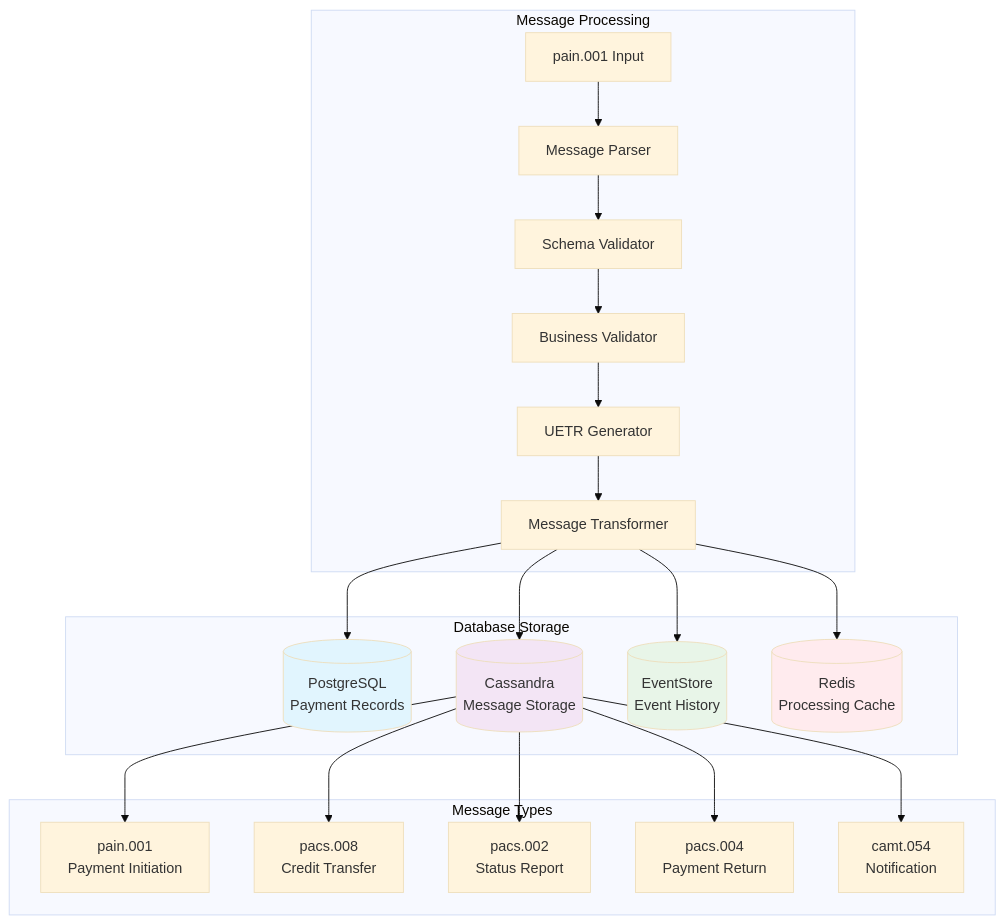
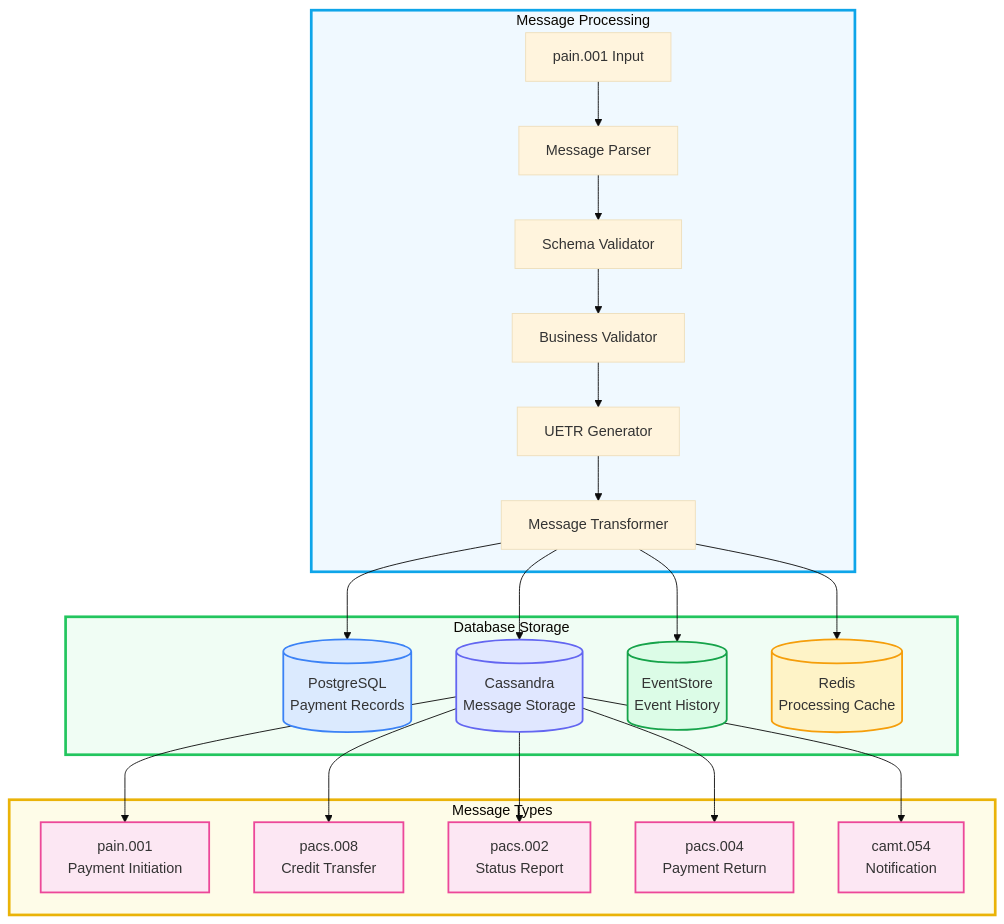
One commit to kranthikarthan/PE-v2-Architecture changed the second of 11 diagrams in docs/21-DATA-FLOW-VISUAL-DIAGRAMS.md. Above: the diagram before and after it, drawn with Mermaid (base theme). The commit also changed other lines of this file and 1 other file, not shown here.

Commit message:
Improve Mermaid Diagram Color Palette and Layout
- Update all Mermaid diagrams to use Eraser AI color palette
- Fix subgraph naming to prevent text overlap with phase numbers
- Improve readability with better contrast and stroke widths
- Use consistent color scheme across all visual diagrams
- Fix layout issues where phase names were masked under components

Color Palette Updates:
- Phase 0: Slate gray (#f8fafc, #64748b)
- Phase 1: Sky blue (#f0f9ff, #0ea5e9)
- Phase 2: Green (#f0fdf4, #22c55e)
- Phase 3: Yellow (#fefce8, #eab308)
- Phase 4: Red (#fef2f2, #ef4444)
- Phase 5: Purple (#f3e8ff, #a855f7)
- Phase 6: Pink (#fce7f3, #ec4899)
- Phase 7: Emerald (#ecfdf5, #10b981)

Layout Improvements:
- Use short subgraph IDs (P0, P1, etc.) to prevent text overlap
- Increase stroke widths for better visibility
- Consistent color coding across all diagrams
- Better contrast for accessibility

````diff
--- a/docs/21-DATA-FLOW-VISUAL-DIAGRAMS.md
+++ b/docs/21-DATA-FLOW-VISUAL-DIAGRAMS.md
@@ -53,41 +58,50 @@
 ```mermaid
 graph TB
-    subgraph "Message Processing"
+    subgraph MP["Message Processing"]
         A[pain.001 Input] --> B[Message Parser]
         B --> C[Schema Validator]
         C --> D[Business Validator]
         D --> E[UETR Generator]
         E --> F[Message Transformer]
     end
     
-    subgraph "Database Storage"
+    subgraph DS["Database Storage"]
         G[(PostgreSQL<br/>Payment Records)]
         H[(Cassandra<br/>Message Storage)]
         I[(EventStore<br/>Event History)]
         J[(Redis<br/>Processing Cache)]
     end
     
-    subgraph "Message Types"
+    subgraph MT["Message Types"]
         K[pain.001<br/>Payment Initiation]
         L[pacs.008<br/>Credit Transfer]
         M[pacs.002<br/>Status Report]
         N[pacs.004<br/>Payment Return]
         O[camt.054<br/>Notification]
     end
     
     F --> G
     F --> H
     F --> I
     F --> J
     
     H --> K
     H --> L
     H --> M
     H --> N
     H --> O
     
-    style G fill:#e1f5fe
-    style H fill:#f3e5f5
-    style I fill:#e8f5e8
-    style J fill:#ffebee
+    style MP fill:#f0f9ff,stroke:#0ea5e9,stroke-width:3px
+    style DS fill:#f0fdf4,stroke:#22c55e,stroke-width:3px
+    style MT fill:#fefce8,stroke:#eab308,stroke-width:3px
+    
+    style G fill:#dbeafe,stroke:#3b82f6,stroke-width:2px
+    style H fill:#e0e7ff,stroke:#6366f1,stroke-width:2px
+    style I fill:#dcfce7,stroke:#16a34a,stroke-width:2px
+    style J fill:#fef3c7,stroke:#f59e0b,stroke-width:2px
+    style K fill:#fce7f3,stroke:#ec4899,stroke-width:2px
+    style L fill:#fce7f3,stroke:#ec4899,stroke-width:2px
+    style M fill:#fce7f3,stroke:#ec4899,stroke-width:2px
+    style N fill:#fce7f3,stroke:#ec4899,stroke-width:2px
+    style O fill:#fce7f3,stroke:#ec4899,stroke-width:2px
 ```
````
